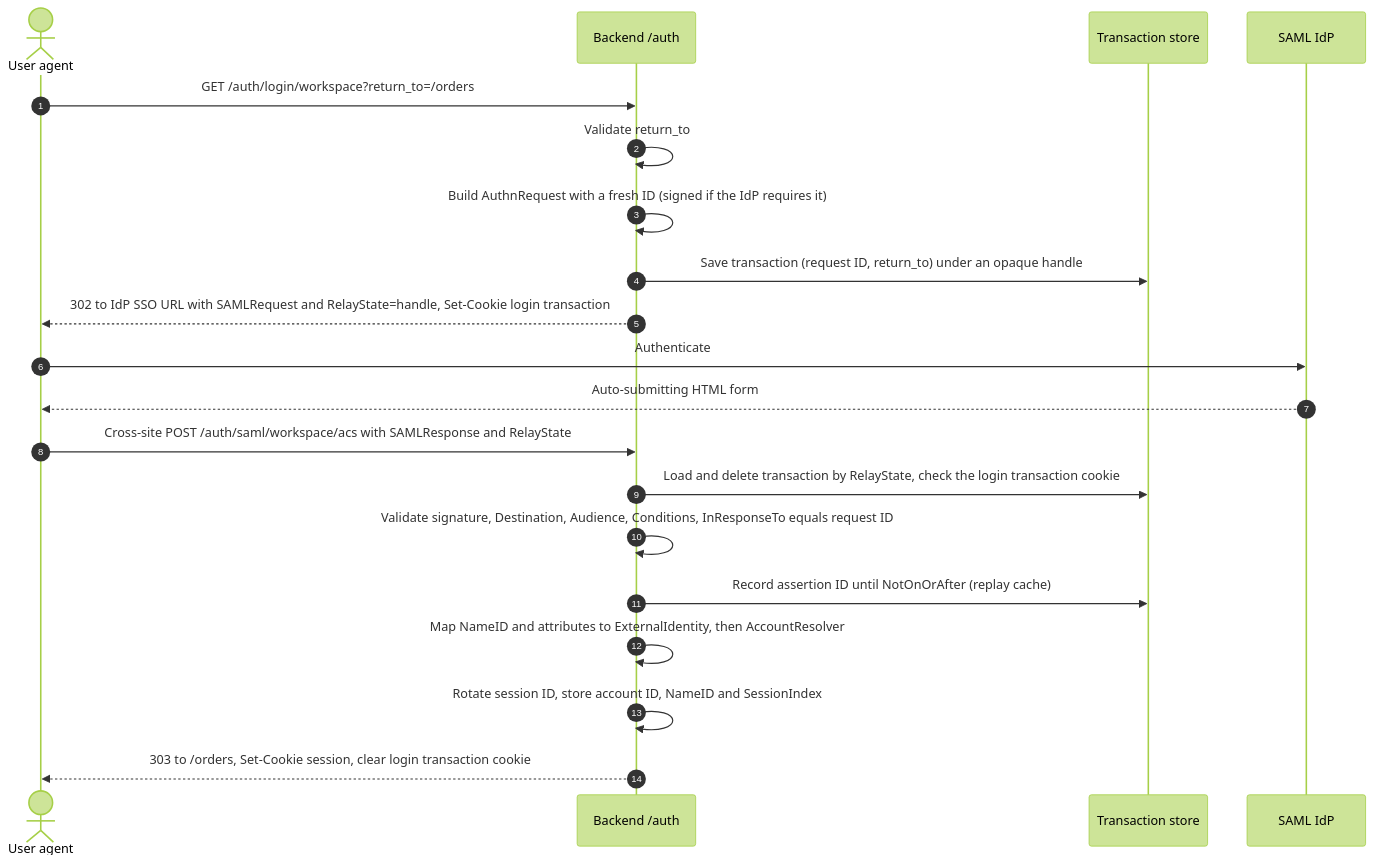
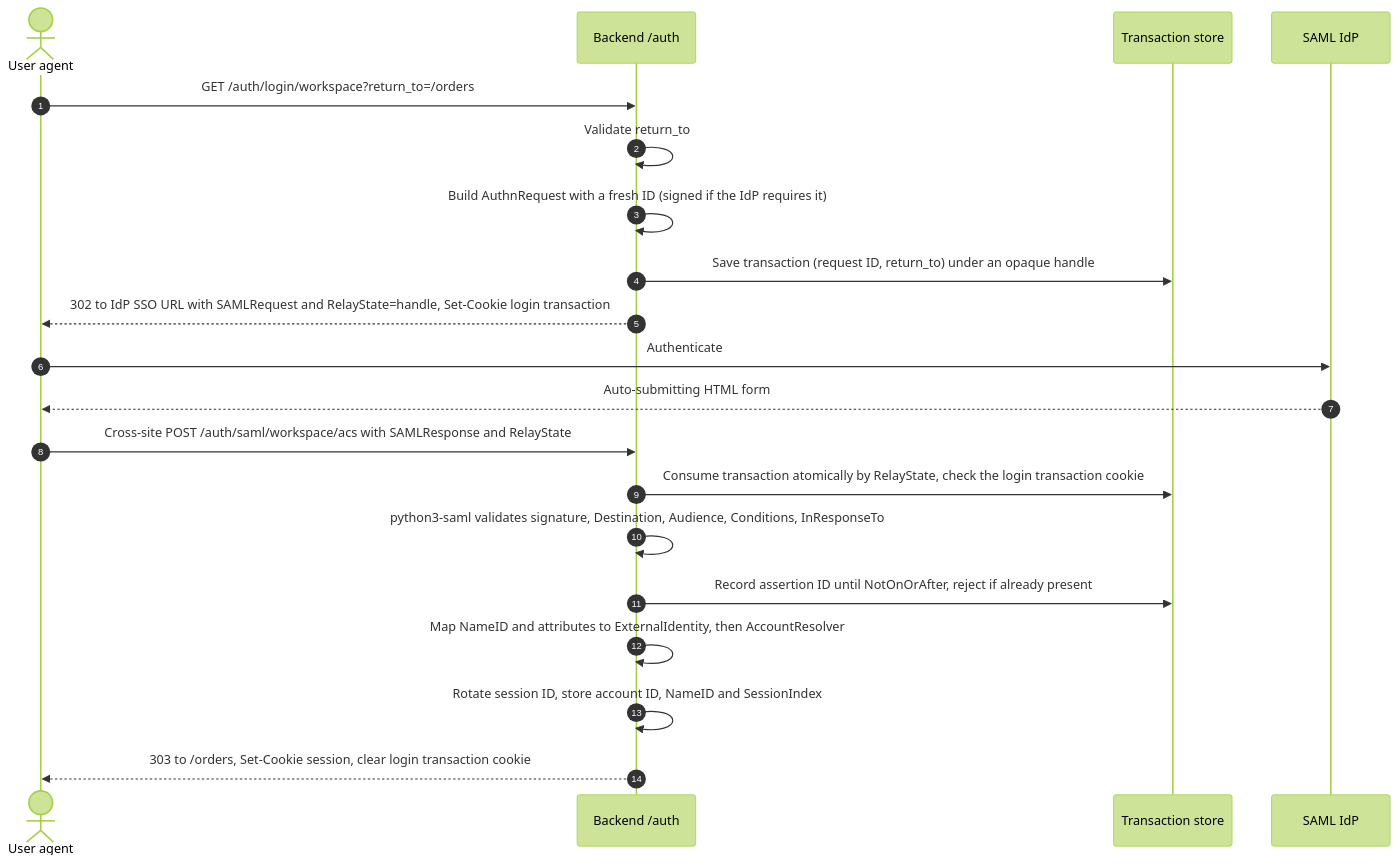
One commit to rn-forge/pykit changed the sixth of 12 diagrams in docs/specs/epics/E13-auth/design.md. Above: the diagram before and after it, drawn with Mermaid (forest theme). The commit also changed other lines of this file and 9 other files, not shown here.

````diff
--- a/docs/specs/epics/E13-auth/design.md
+++ b/docs/specs/epics/E13-auth/design.md
@@ -454,22 +515,22 @@
 ```mermaid
 sequenceDiagram
   autonumber
   actor U as User agent
   participant BE as Backend /auth
   participant TX as Transaction store
   participant IDP as SAML IdP
   U->>BE: GET /auth/login/workspace?return_to=/orders
   BE->>BE: Validate return_to
   BE->>BE: Build AuthnRequest with a fresh ID (signed if the IdP requires it)
   BE->>TX: Save transaction (request ID, return_to) under an opaque handle
   BE-->>U: 302 to IdP SSO URL with SAMLRequest and RelayState=handle, Set-Cookie login transaction
   U->>IDP: Authenticate
   IDP-->>U: Auto-submitting HTML form
   U->>BE: Cross-site POST /auth/saml/workspace/acs with SAMLResponse and RelayState
-  BE->>TX: Load and delete transaction by RelayState, check the login transaction cookie
-  BE->>BE: Validate signature, Destination, Audience, Conditions, InResponseTo equals request ID
-  BE->>TX: Record assertion ID until NotOnOrAfter (replay cache)
+  BE->>TX: Consume transaction atomically by RelayState, check the login transaction cookie
+  BE->>BE: python3-saml validates signature, Destination, Audience, Conditions, InResponseTo
+  BE->>TX: Record assertion ID until NotOnOrAfter, reject if already present
   BE->>BE: Map NameID and attributes to ExternalIdentity, then AccountResolver
   BE->>BE: Rotate session ID, store account ID, NameID and SessionIndex
   BE-->>U: 303 to /orders, Set-Cookie session, clear login transaction cookie
 ```
````
